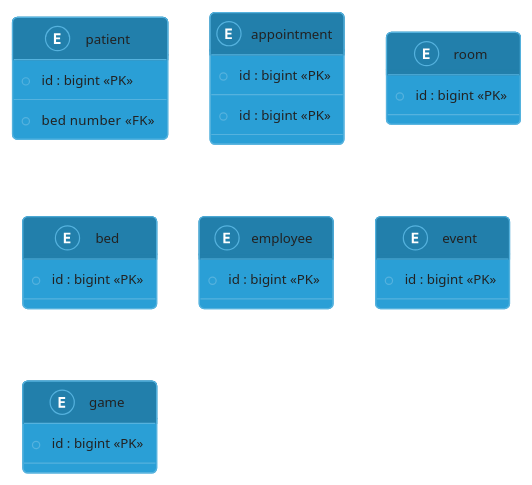
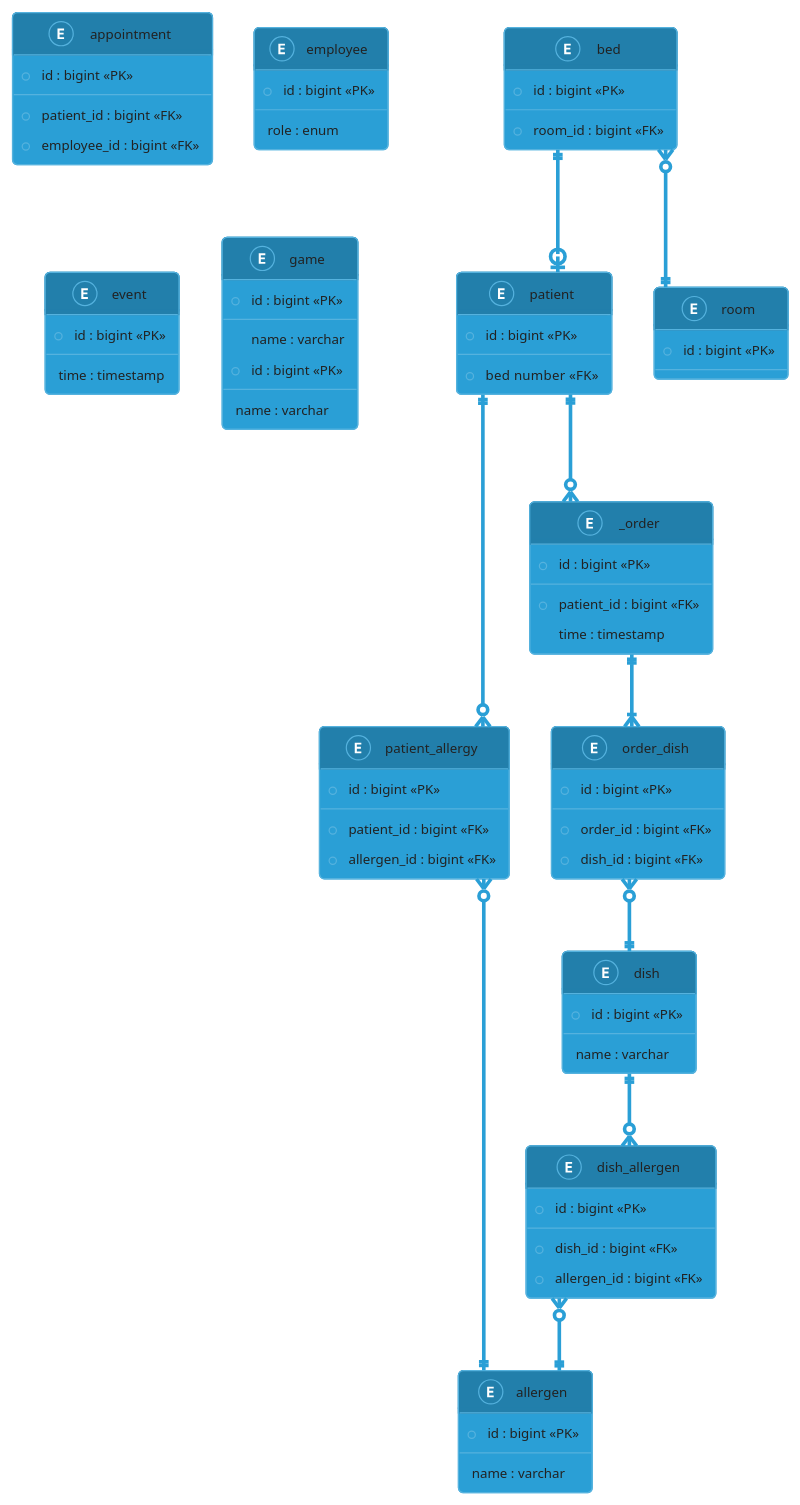
Before and after one commit to Oskar123456/SYSDAT-F25-TEAM-G: the diagram in puml/EER.puml, drawn with PlantUML. The commit also changed 1 other file, not shown here.

```diff
--- a/puml/EER.puml
+++ b/puml/EER.puml
@@ -15,47 +15,116 @@
 @startuml
 !theme cyborg
 skinparam linetype ortho
 
 entity patient {
     * id : bigint <<PK>>
     --
     * bed number  <<FK>>
 }
 
+entity patient_allergy {
+    * id : bigint <<PK>>
+    --
+    * patient_id : bigint <<FK>>
+    * allergen_id : bigint <<FK>>
+}
+
 entity appointment {
     * id : bigint <<PK>>
     --
+    * patient_id : bigint <<FK>>
+    * employee_id : bigint <<FK>>
 }
 
 entity room {
     * id : bigint <<PK>>
     --
 }
 entity bed {
     * id : bigint <<PK>>
     --
+    * room_id : bigint <<FK>>
 }
 entity employee {
     * id : bigint <<PK>>
     --
+    role : enum
 }
-entity appointment {
-    * id : bigint <<PK>>
-    --
-}
+
 entity event {
     * id : bigint <<PK>>
     --
+    time : timestamp
 }
+
 entity game {
     * id : bigint <<PK>>
     --
+    name : varchar
 }
+
+entity _order {
+    * id : bigint <<PK>>
+    --
+    * patient_id : bigint <<FK>>
+    time : timestamp
+}
+
+entity order_dish {
+    * id : bigint <<PK>>
+    --
+    * order_id : bigint <<FK>>
+    * dish_id : bigint <<FK>>
+}
+
+entity dish {
+    * id : bigint <<PK>>
+    --
+    name : varchar
+}
+
+entity dish_allergen {
+    * id : bigint <<PK>>
+    --
+    * dish_id : bigint <<FK>>
+    * allergen_id : bigint <<FK>>
+}
+
+entity allergen {
+    * id : bigint <<PK>>
+    --
+    name : varchar
+}
+
+entity game {
+    * id : bigint <<PK>>
+    --
+    name : varchar
+}
+
+/' 
+
+    RELATIONS
+    
+'/
+
+patient ||--o{ _order
+patient ||--o{ patient_allergy
+patient_allergy }o--|| allergen
+
+_order ||--|{ order_dish
+order_dish }o--|| dish
+
+dish ||--o{ dish_allergen
+dish_allergen }o--|| allergen
+
+bed }o--|| room
+bed ||--o| patient
 
 /' 
 
     NOTES 
     
 '/
 
 @enduml
```
